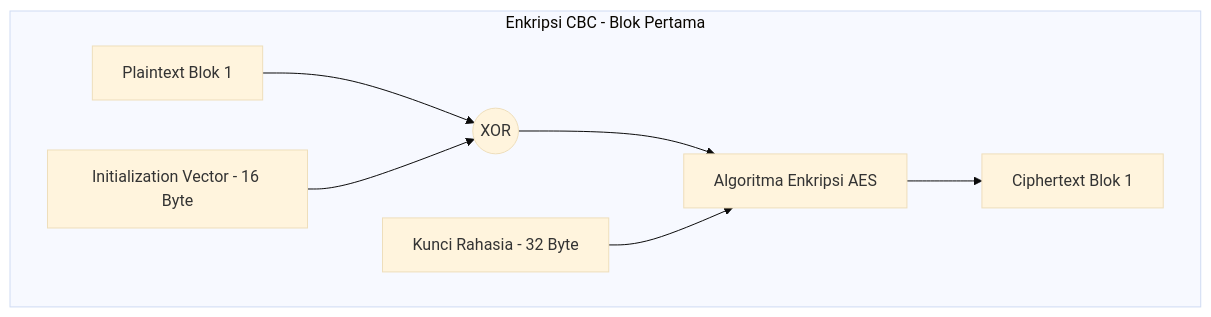
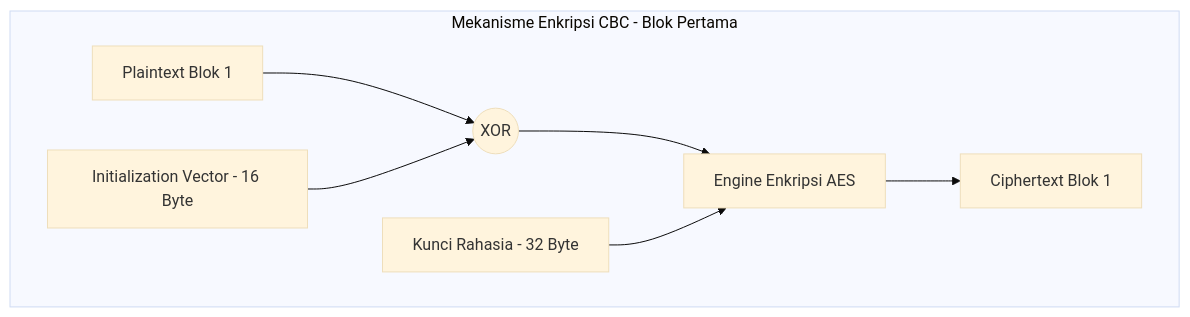
The diagram in src/content/docs/03-system-foundation/aes-256-cbc.md (dhimasardinata/ta-iot-greenhouse-docs), drawn with Mermaid (base theme) before and after one commit. The commit also changed other lines of this file and 44 other files, not shown here.

````diff
--- a/src/content/docs/03-system-foundation/aes-256-cbc.md
+++ b/src/content/docs/03-system-foundation/aes-256-cbc.md
@@ -24,17 +26,17 @@
 ```mermaid
 flowchart TD
-    subgraph CBC1["Enkripsi CBC - Blok Pertama"]
+    subgraph CBC["Mekanisme Enkripsi CBC - Blok Pertama"]
         P1[Plaintext Blok 1]
         IV[Initialization Vector - 16 Byte]
         XOR1((XOR))
         Key[Kunci Rahasia - 32 Byte]
-        AES[Algoritma Enkripsi AES]
+        AES[Engine Enkripsi AES]
         C1[Ciphertext Blok 1]
 
         P1 --> XOR1
         IV --> XOR1
         XOR1 --> AES
         Key --> AES
         AES --> C1
     end
 ```
````
